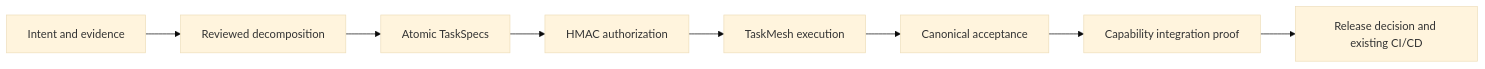
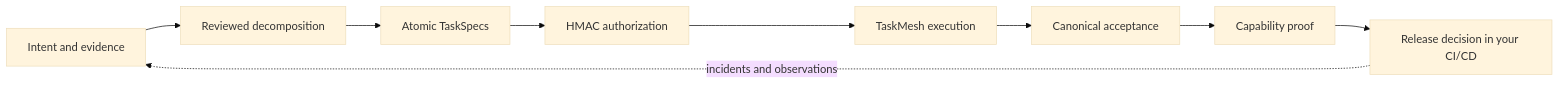
Before and after one commit to luanmorenommaciel/task-spec: the first of 4 diagrams in README.md, drawn with Mermaid (base theme). The commit also changed other lines of this file, not shown here.

````diff
--- a/README.md
+++ b/README.md
@@ -47,10 +75,11 @@
 ```mermaid
 flowchart LR
     Intent["Intent and evidence"] --> Plan["Reviewed decomposition"]
     Plan --> Task["Atomic TaskSpecs"]
     Task --> Seal["HMAC authorization"]
     Seal --> Mesh["TaskMesh execution"]
     Mesh --> Accept["Canonical acceptance"]
-    Accept --> Proof["Capability integration proof"]
-    Proof --> Release["Release decision and existing CI/CD"]
+    Accept --> Proof["Capability proof"]
+    Proof --> Release["Release decision in your CI/CD"]
+    Release -. "incidents and observations" .-> Intent
 ```
````
